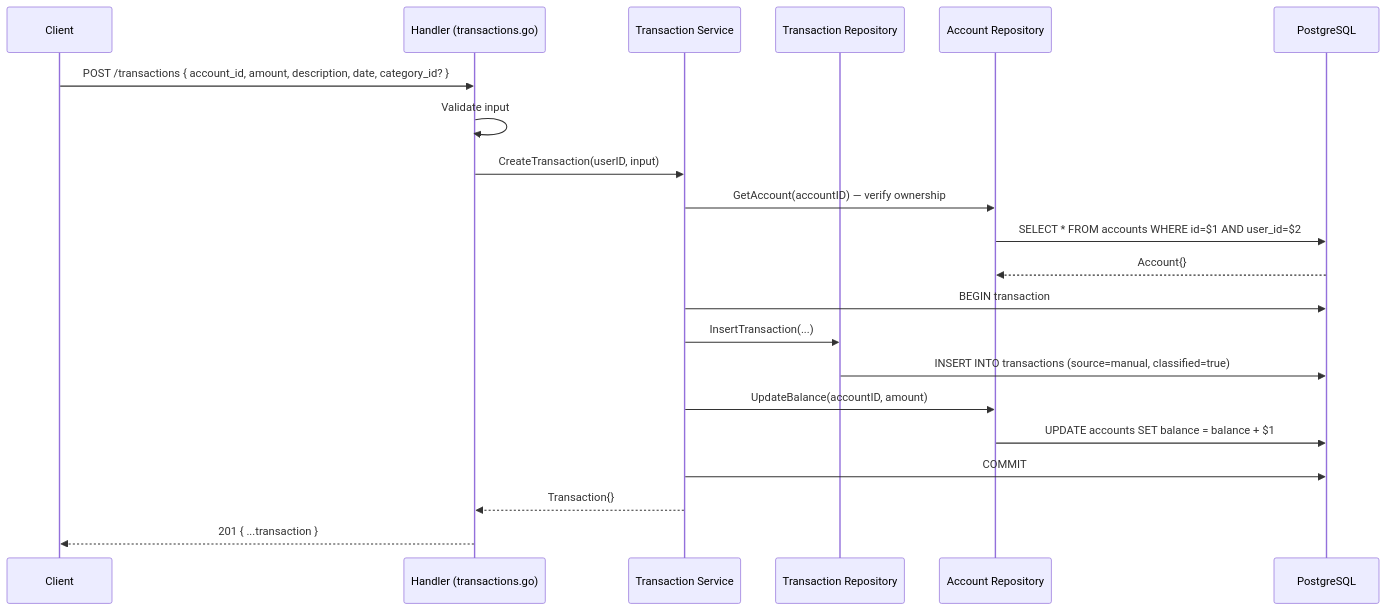
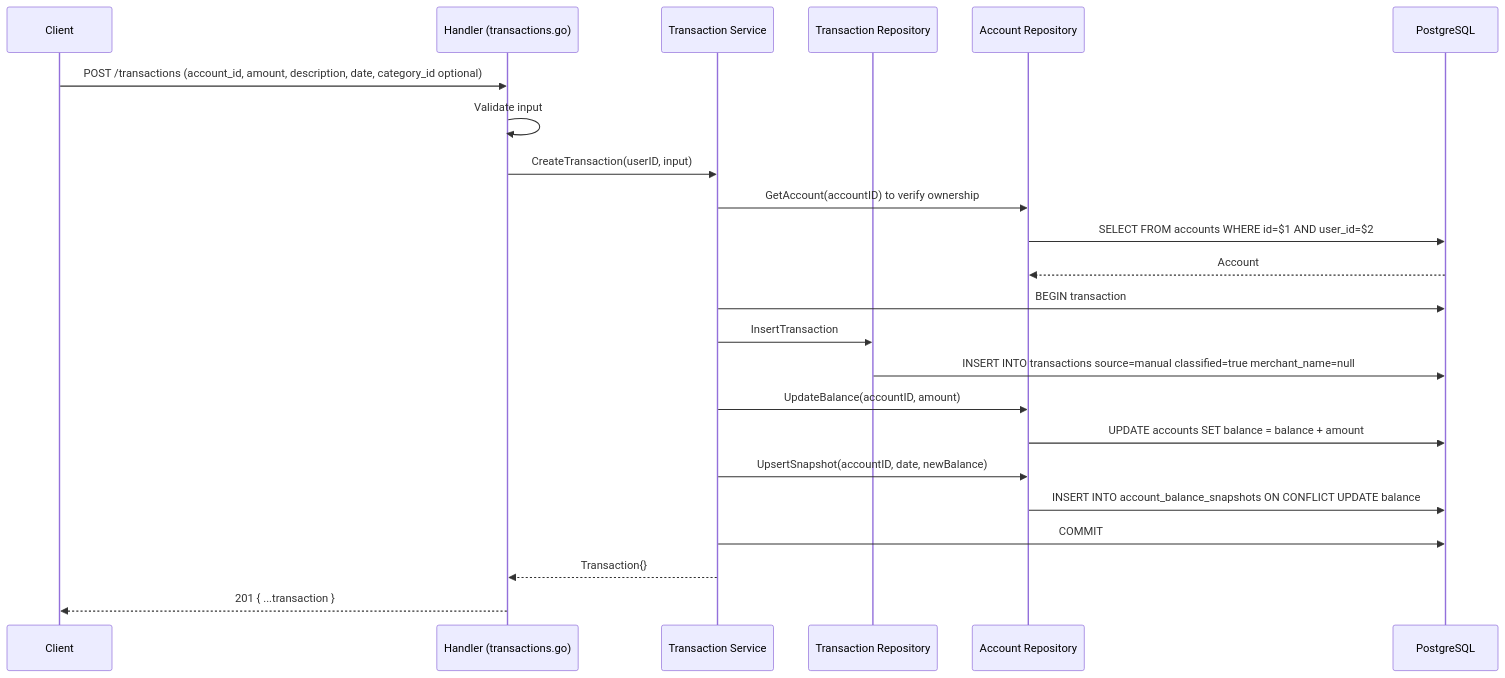
The seventh of 7 diagrams in backend/docs/flows.md (ppinedo0714/a-couple-of-coins), drawn with Mermaid before and after one commit. The commit also changed other lines of this file and 3 other files, not shown here.

````diff
--- a/backend/docs/flows.md
+++ b/backend/docs/flows.md
@@ -220,26 +225,28 @@
 ```mermaid
 sequenceDiagram
     participant C as Client
     participant H as Handler (transactions.go)
     participant TS as Transaction Service
     participant TR as Transaction Repository
     participant AR as Account Repository
     participant DB as PostgreSQL
 
-    C->>H: POST /transactions { account_id, amount, description, date, category_id? }
+    C->>H: POST /transactions (account_id, amount, description, date, category_id optional)
     H->>H: Validate input
     H->>TS: CreateTransaction(userID, input)
-    TS->>AR: GetAccount(accountID) — verify ownership
-    AR->>DB: SELECT * FROM accounts WHERE id=$1 AND user_id=$2
-    DB-->>AR: Account{}
+    TS->>AR: GetAccount(accountID) to verify ownership
+    AR->>DB: SELECT FROM accounts WHERE id=$1 AND user_id=$2
+    DB-->>AR: Account
 
     TS->>DB: BEGIN transaction
-    TS->>TR: InsertTransaction(...)
-    TR->>DB: INSERT INTO transactions (source=manual, classified=true)
+    TS->>TR: InsertTransaction
+    TR->>DB: INSERT INTO transactions source=manual classified=true merchant_name=null
     TS->>AR: UpdateBalance(accountID, amount)
-    AR->>DB: UPDATE accounts SET balance = balance + $1
+    AR->>DB: UPDATE accounts SET balance = balance + amount
+    TS->>AR: UpsertSnapshot(accountID, date, newBalance)
+    AR->>DB: INSERT INTO account_balance_snapshots ON CONFLICT UPDATE balance
     TS->>DB: COMMIT
 
     TS-->>H: Transaction{}
     H-->>C: 201 { ...transaction }
 ```
````
